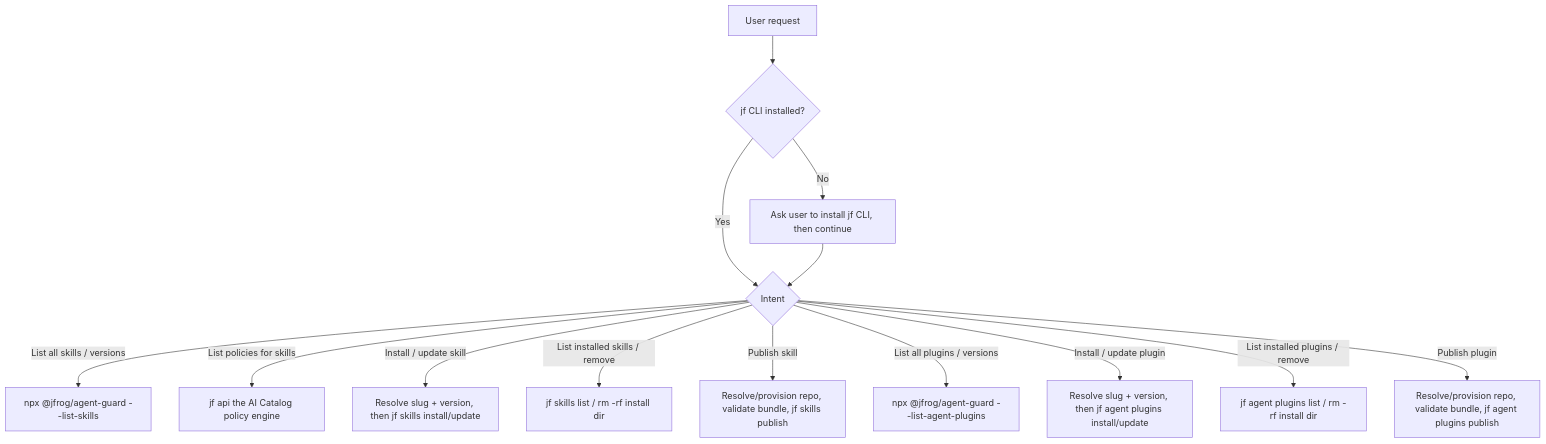
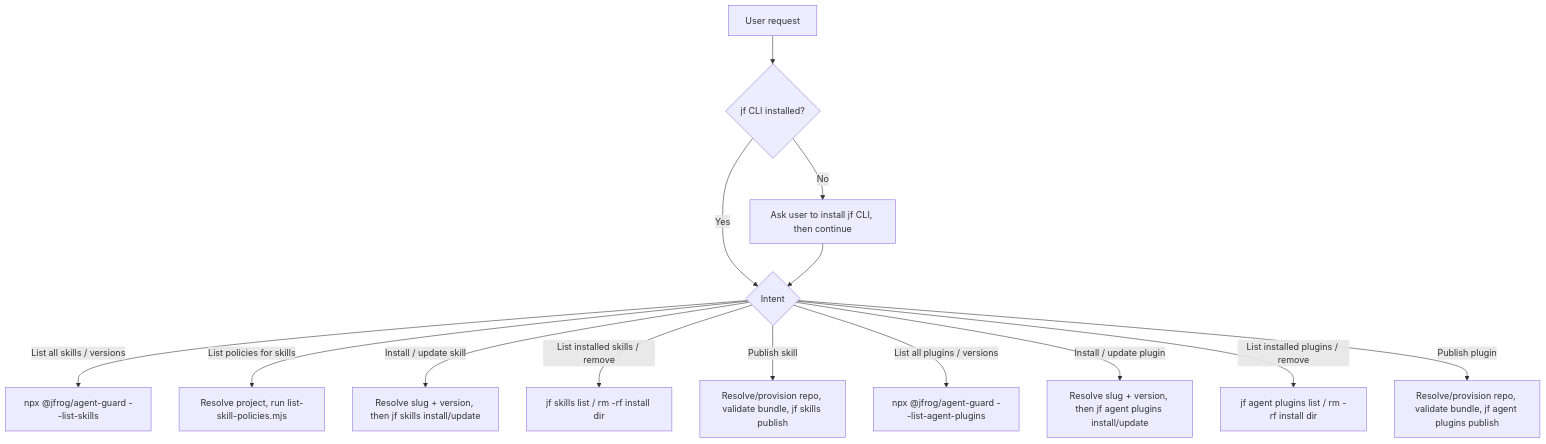
Before and after one commit to jfrog/jfrog-skills: the diagram in skills/jfrog-ai-catalog/SKILL.md, drawn with Mermaid. The commit also changed 3 other files, not shown here.

````diff
--- a/skills/jfrog-ai-catalog/SKILL.md
+++ b/skills/jfrog-ai-catalog/SKILL.md
@@ -95,16 +95,16 @@
 ```mermaid
 flowchart TD
     A[User request] --> B{jf CLI installed?}
     B -->|No| C[Ask user to install jf CLI, then continue]
     B -->|Yes| D{Intent}
     C --> D
     D -->|List all skills / versions| E[npx @jfrog/agent-guard --list-skills]
-    D -->|List policies for skills| M[jf api the AI Catalog policy engine]
+    D -->|List policies for skills| M[Resolve project, run list-skill-policies.mjs]
     D -->|Install / update skill| F[Resolve slug + version, then jf skills install/update]
     D -->|List installed skills / remove| G[jf skills list / rm -rf install dir]
     D -->|Publish skill| H[Resolve/provision repo, validate bundle, jf skills publish]
     D -->|List all plugins / versions| I[npx @jfrog/agent-guard --list-agent-plugins]
     D -->|Install / update plugin| J[Resolve slug + version, then jf agent plugins install/update]
     D -->|List installed plugins / remove| K[jf agent plugins list / rm -rf install dir]
     D -->|Publish plugin| L[Resolve/provision repo, validate bundle, jf agent plugins publish]
 ```
````
